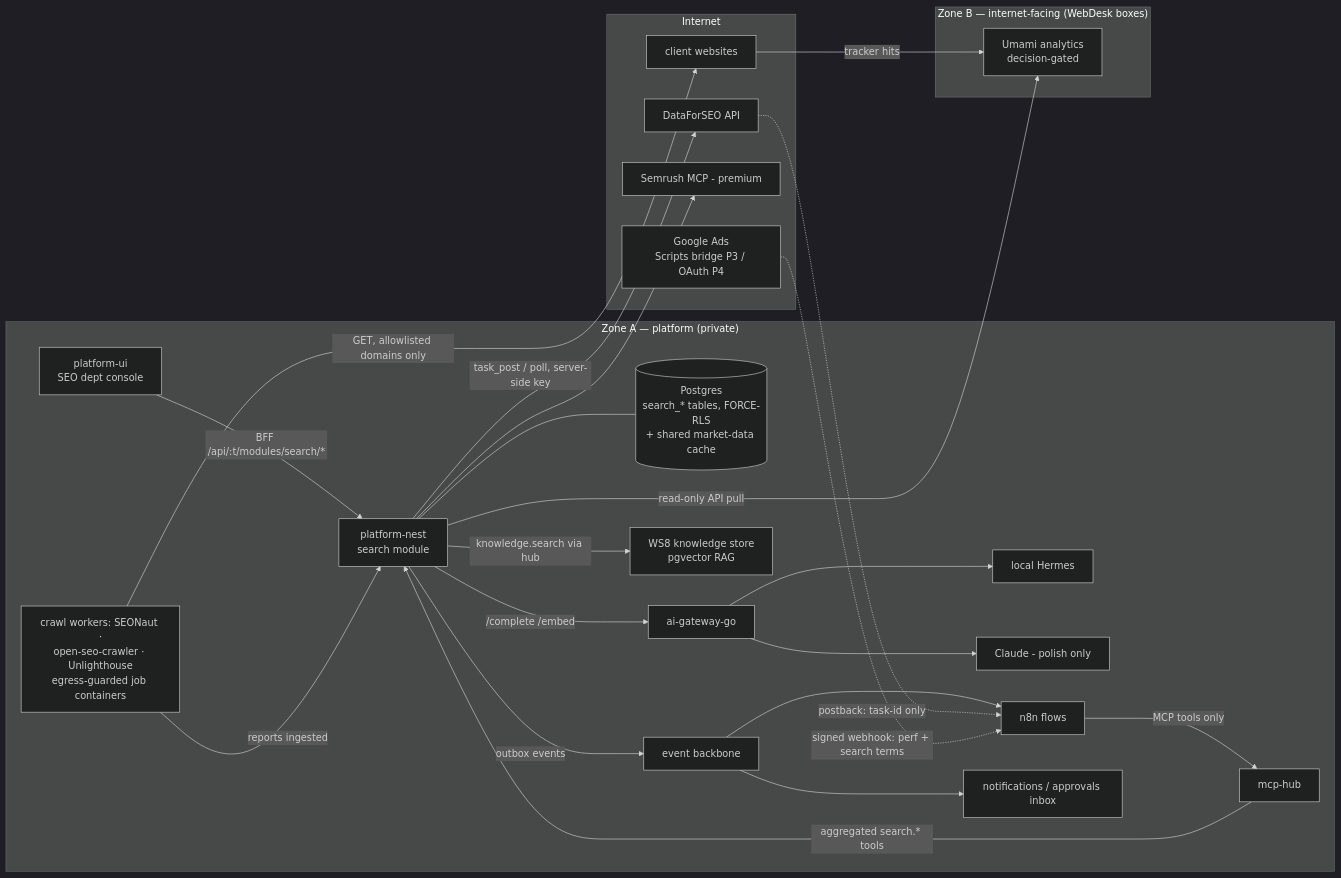
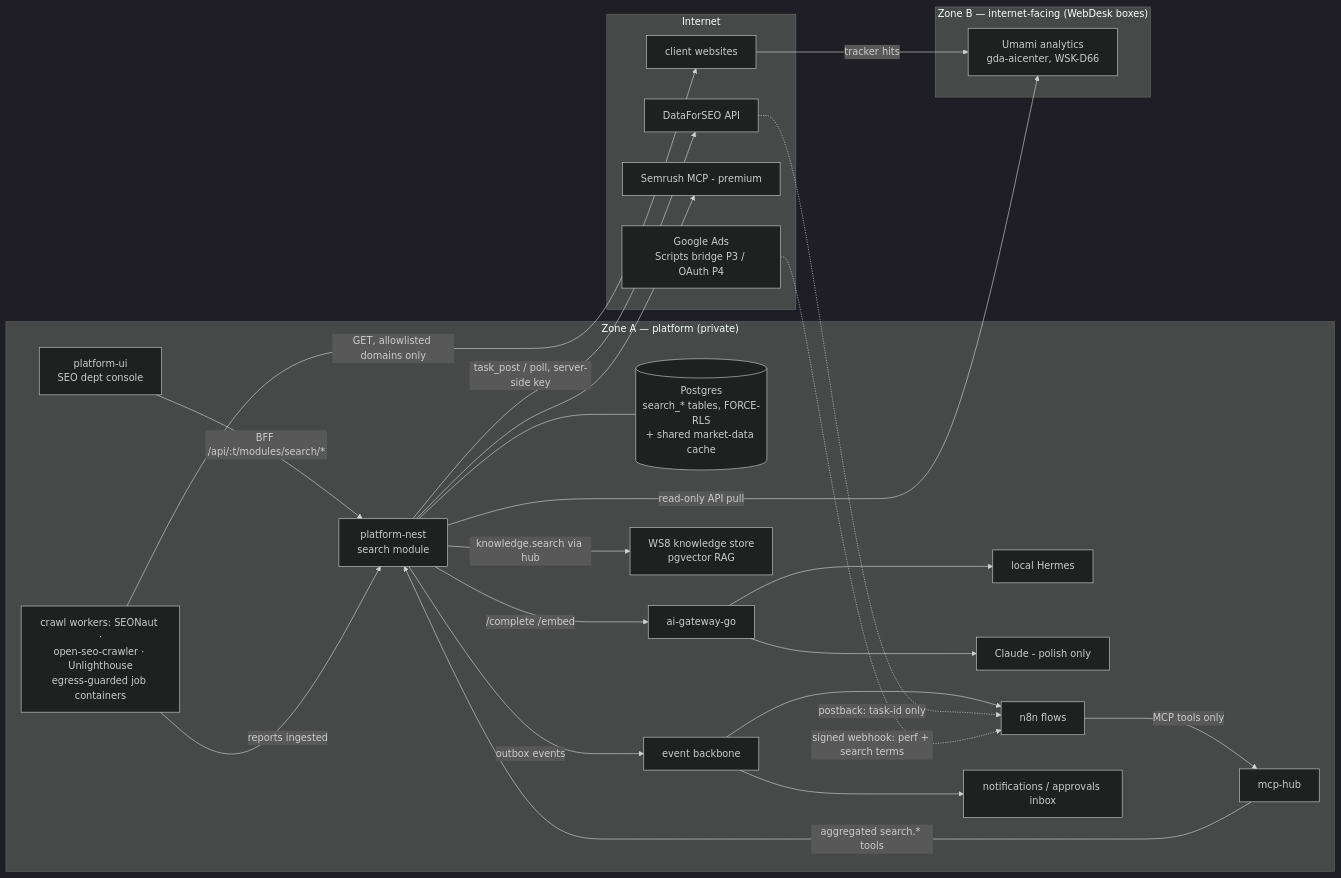
Before and after one commit to hansel-gaiada/gaiada-system: the first of 2 diagrams in docs/blueprints/seo-sem-design.md, drawn with Mermaid (dark theme). The commit also changed other lines of this file and 4 other files, not shown here.

````diff
--- a/docs/blueprints/seo-sem-design.md
+++ b/docs/blueprints/seo-sem-design.md
@@ -96,32 +96,32 @@
 ```mermaid
 flowchart LR
   subgraph ZA["Zone A — platform (private)"]
     UI[platform-ui<br/>SEO dept console] -->|BFF /api/:t/modules/search/*| PN[platform-nest<br/>search module]
     PN --- PDB[(Postgres<br/>search_* tables, FORCE-RLS<br/>+ shared market-data cache)]
     PN -->|/complete /embed| GW[ai-gateway-go]
     GW --> HERMES[local Hermes]
     GW --> CLAUDE[Claude - polish only]
     PN -->|knowledge.search via hub| WS8[WS8 knowledge store<br/>pgvector RAG]
     HUB[mcp-hub] -->|aggregated search.* tools| PN
     N8N[n8n flows] -->|MCP tools only| HUB
     PN -->|outbox events| EVT[event backbone] --> N8N
     EVT --> NOTIF[notifications / approvals inbox]
     CRAWL[crawl workers: SEONaut ·<br/>open-seo-crawler · Unlighthouse<br/>egress-guarded job containers] -->|reports ingested| PN
   end
   subgraph NET["Internet"]
     SITES[client websites]
     DFS[DataForSEO API]
     SEM2[Semrush MCP - premium]
     ADS[Google Ads<br/>Scripts bridge P3 / OAuth P4]
   end
   subgraph ZB["Zone B — internet-facing (WebDesk boxes)"]
-    UMAMI[Umami analytics<br/>decision-gated]
+    UMAMI[Umami analytics<br/>gda-aicenter, WSK-D66]
   end
   CRAWL -->|GET, allowlisted domains only| SITES
   PN -->|task_post / poll, server-side key| DFS
   DFS -.->|postback: task-id only| N8N
   PN --> SEM2
   ADS -.->|signed webhook: perf + search terms| N8N
   SITES -->|tracker hits| UMAMI
   PN -->|read-only API pull| UMAMI
 ```
````
